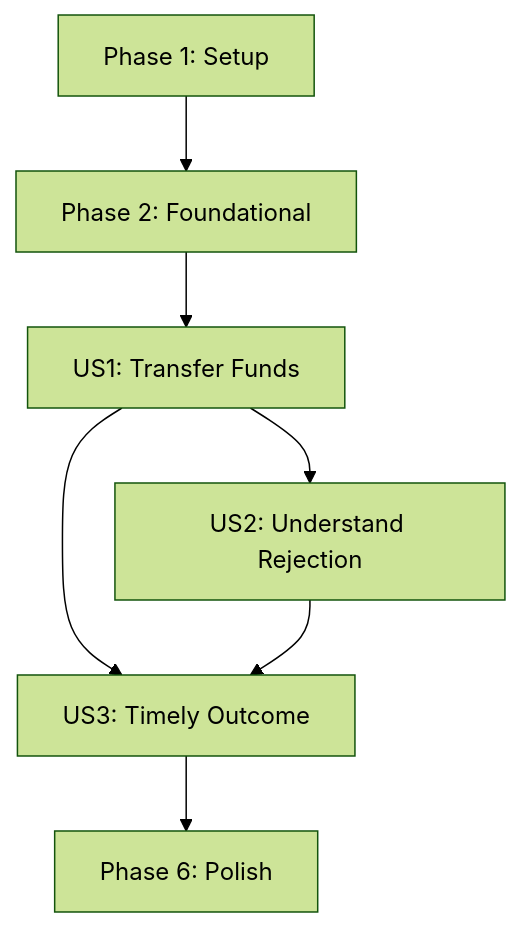
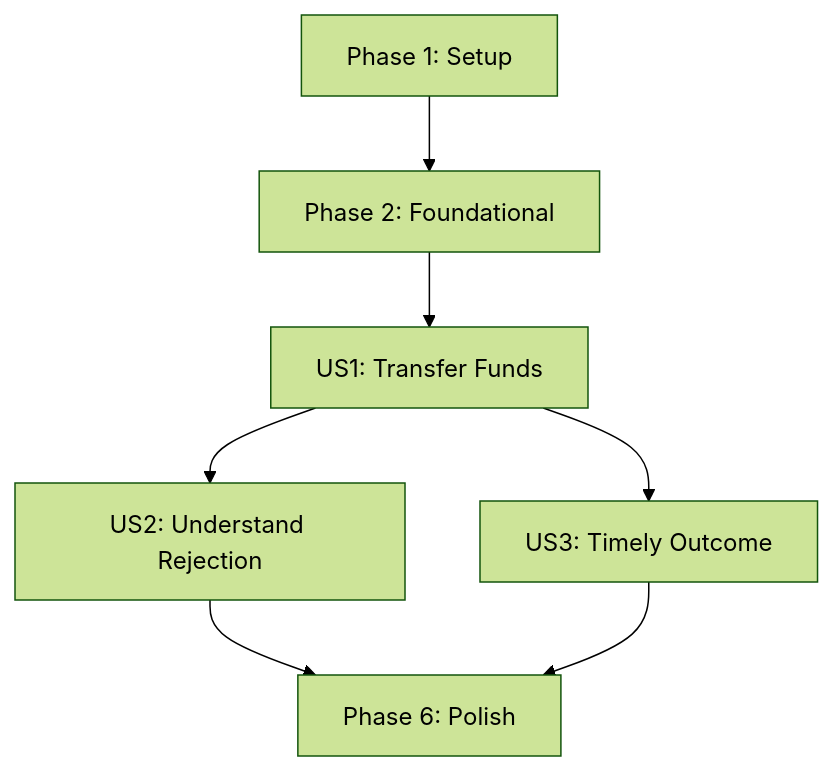
One commit to vipuljain28/simple-bank changed the diagram in specs/001-fund-transfer/tasks.md. Above: the diagram before and after it, drawn with Mermaid (forest theme). The commit also changed other lines of this file and 13 other files, not shown here.

````diff
--- a/specs/001-fund-transfer/tasks.md
+++ b/specs/001-fund-transfer/tasks.md
@@ -125,9 +169,9 @@
 ```mermaid
 flowchart TD
     Setup[Phase 1: Setup] --> Foundation[Phase 2: Foundational]
     Foundation --> US1[US1: Transfer Funds]
     US1 --> US2[US2: Understand Rejection]
     US1 --> US3[US3: Timely Outcome]
-    US2 --> US3
+    US2 --> Polish[Phase 6: Polish]
     US3 --> Polish[Phase 6: Polish]
 ```
````
